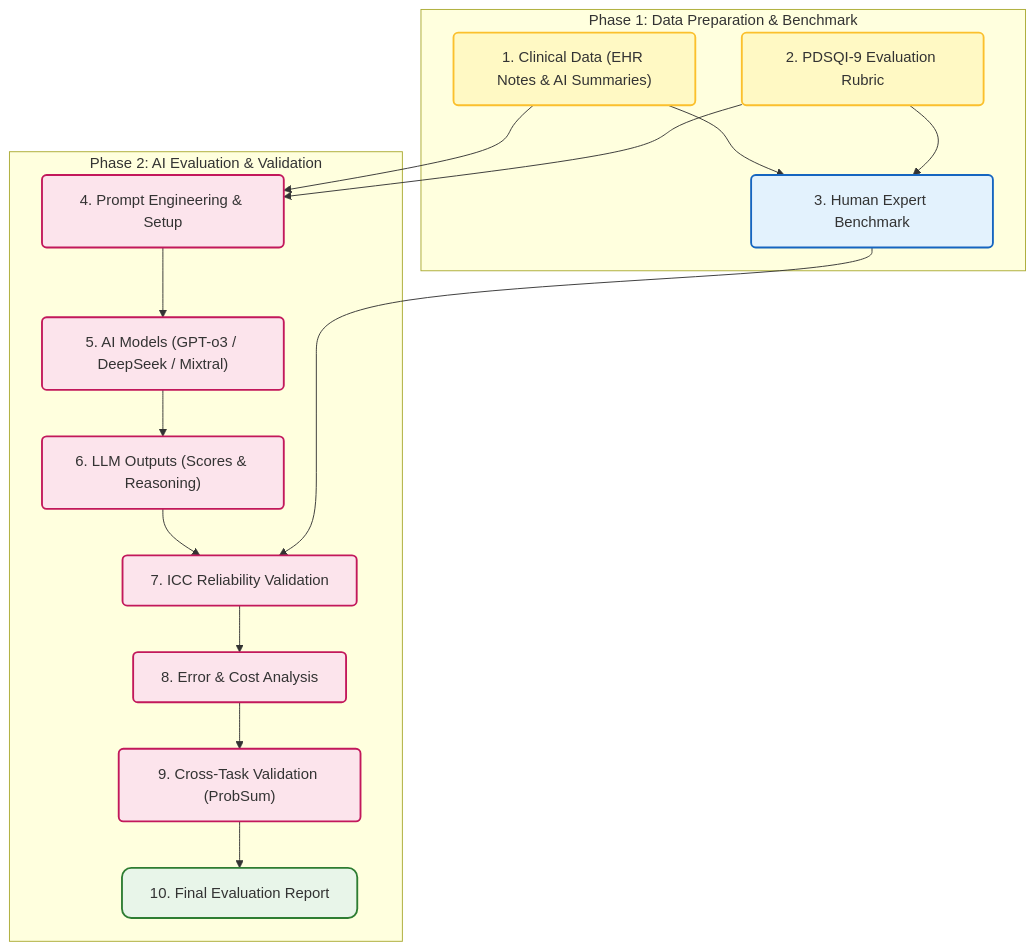
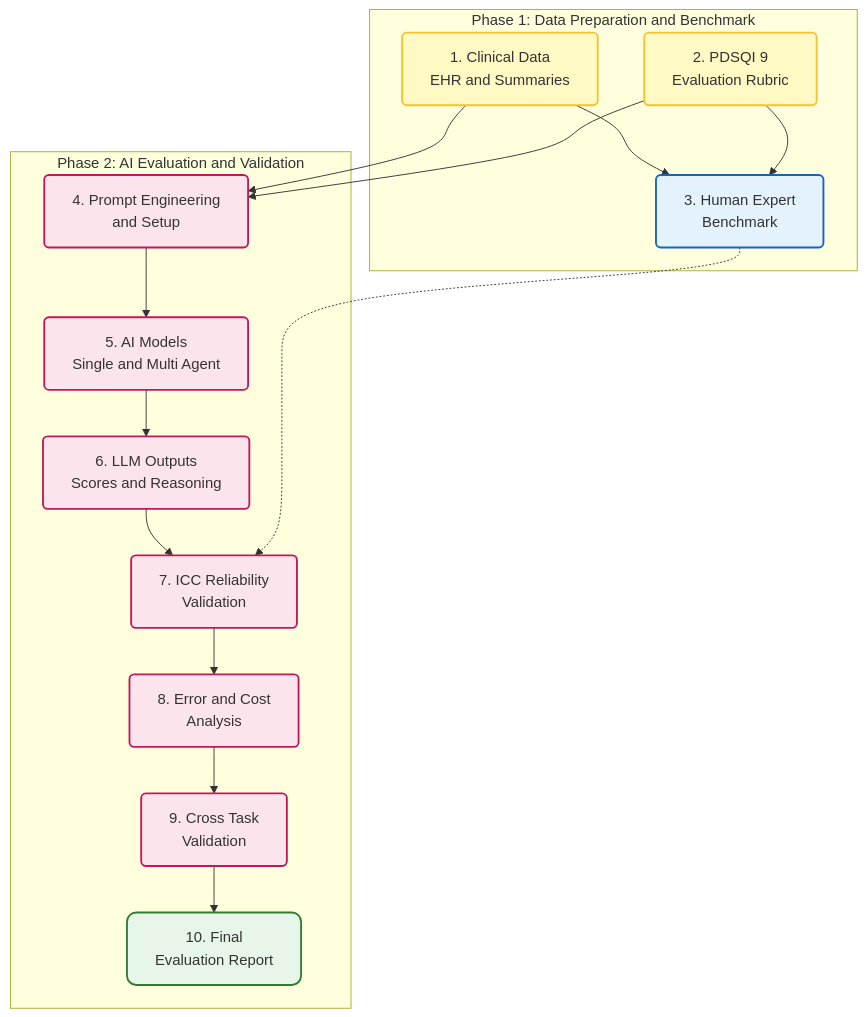
The diagram in Literature Review/medical background AI agent evaluation.md (hhtrocket/HHT-Benchmark-dataset), drawn with Mermaid before and after one commit.

Commit message:
Update medical background AI agent evaluation.md

````diff
--- a/Literature Review/medical background AI agent evaluation.md
+++ b/Literature Review/medical background AI agent evaluation.md
@@ -16,38 +16,37 @@
 ```mermaid
 graph TD
     classDef phase1 fill:#e3f2fd,stroke:#1565c0,stroke-width:2px,rx:5,ry:5;
     classDef phase2 fill:#fce4ec,stroke:#c2185b,stroke-width:2px,rx:5,ry:5;
     classDef input fill:#fff9c4,stroke:#fbc02d,stroke-width:2px,rx:5,ry:5;
     classDef report fill:#e8f5e9,stroke:#2e7d32,stroke-width:2px,rx:10,ry:10;
 
-    subgraph Phase1 [Phase 1: Data Preparation & Benchmark]
-        Data["1. Clinical Data (EHR Notes & AI Summaries)"]:::input
-        Rubric["2. PDSQI-9 Evaluation Rubric"]:::input
-        Benchmark["3. Human Expert Benchmark"]:::phase1
+    subgraph Phase1 [Phase 1: Data Preparation and Benchmark]
+        Data["1. Clinical Data<br/>EHR and Summaries"]:::input
+        Rubric["2. PDSQI 9<br/>Evaluation Rubric"]:::input
+        Benchmark["3. Human Expert<br/>Benchmark"]:::phase1
         
         Data --> Benchmark
         Rubric --> Benchmark
     end
 
-    subgraph Phase2 [Phase 2: AI Evaluation & Validation]
-        Setup["4. Prompt Engineering & Setup"]:::phase2
-        Models["5. AI Models (GPT-o3 / DeepSeek / Mixtral)"]:::phase2
-        Outputs["6. LLM Outputs (Scores & Reasoning)"]:::phase2
-        Validation["7. ICC Reliability Validation"]:::phase2
-        Analysis["8. Error & Cost Analysis"]:::phase2
-        CrossTask["9. Cross-Task Validation (ProbSum)"]:::phase2
-        Report["10. Final Evaluation Report"]:::report
+    subgraph Phase2 [Phase 2: AI Evaluation and Validation]
+        Setup["4. Prompt Engineering<br/>and Setup"]:::phase2
+        Models["5. AI Models<br/>Single and Multi Agent"]:::phase2
+        Outputs["6. LLM Outputs<br/>Scores and Reasoning"]:::phase2
+        Validation["7. ICC Reliability<br/>Validation"]:::phase2
+        Analysis["8. Error and Cost<br/>Analysis"]:::phase2
+        CrossTask["9. Cross Task<br/>Validation"]:::phase2
+        Report["10. Final<br/>Evaluation Report"]:::report
         
         Setup --> Models
         Models --> Outputs
         Outputs --> Validation
         Validation --> Analysis
         Analysis --> CrossTask
         CrossTask --> Report
     end
 
-    %% Minimal Cross-Phase Connections
     Data --> Setup
     Rubric --> Setup
-    Benchmark --> Validation
+    Benchmark -.-> Validation
 ```
````
